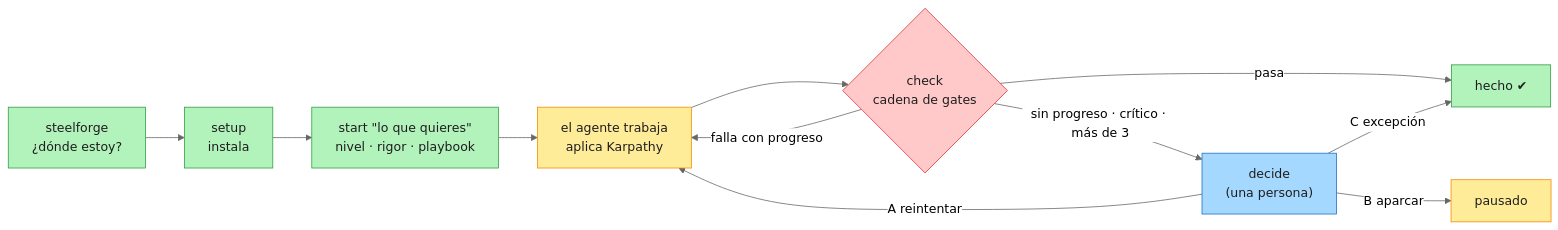
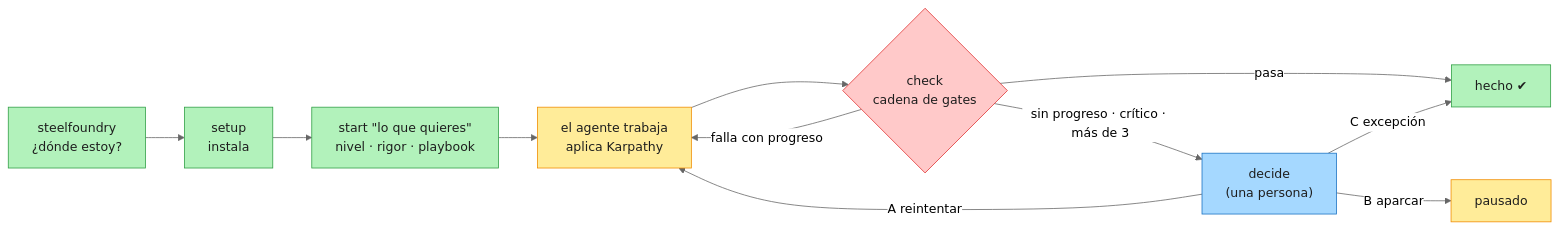
The first of 5 diagrams in docs/GUIA.md (Brujo2020/OpenSDD), drawn with Mermaid (neutral theme) before and after one commit. The commit also changed other lines of this file and 465 other files, not shown here.

````diff
--- a/docs/GUIA.md
+++ b/docs/GUIA.md
@@ -10,17 +10,17 @@
 ```mermaid
 flowchart LR
-  D["steelforge<br/>¿dónde estoy?"]:::auto --> S["setup<br/>instala"]:::auto
+  D["steelfoundry<br/>¿dónde estoy?"]:::auto --> S["setup<br/>instala"]:::auto
   S --> T["start &quot;lo que quieres&quot;<br/>nivel · rigor · playbook"]:::auto
   T --> W["el agente trabaja<br/>aplica Karpathy"]:::advisory
   W --> C{"check<br/>cadena de gates"}:::block
   C -- pasa --> OK["hecho ✔"]:::auto
   C -- "falla con progreso" --> W
   C -- "sin progreso · crítico · más de 3" --> H["decide<br/>(una persona)"]:::human
   H -- "A reintentar" --> W
   H -- "B aparcar" --> P["pausado"]:::advisory
   H -- "C excepción" --> OK
   classDef auto fill:#b2f2bb,stroke:#2f9e44,color:#1e1e1e
   classDef advisory fill:#ffec99,stroke:#f08c00,color:#1e1e1e
   classDef block fill:#ffc9c9,stroke:#e03131,color:#1e1e1e
   classDef human fill:#a5d8ff,stroke:#1971c2,color:#1e1e1e
 ```
````
